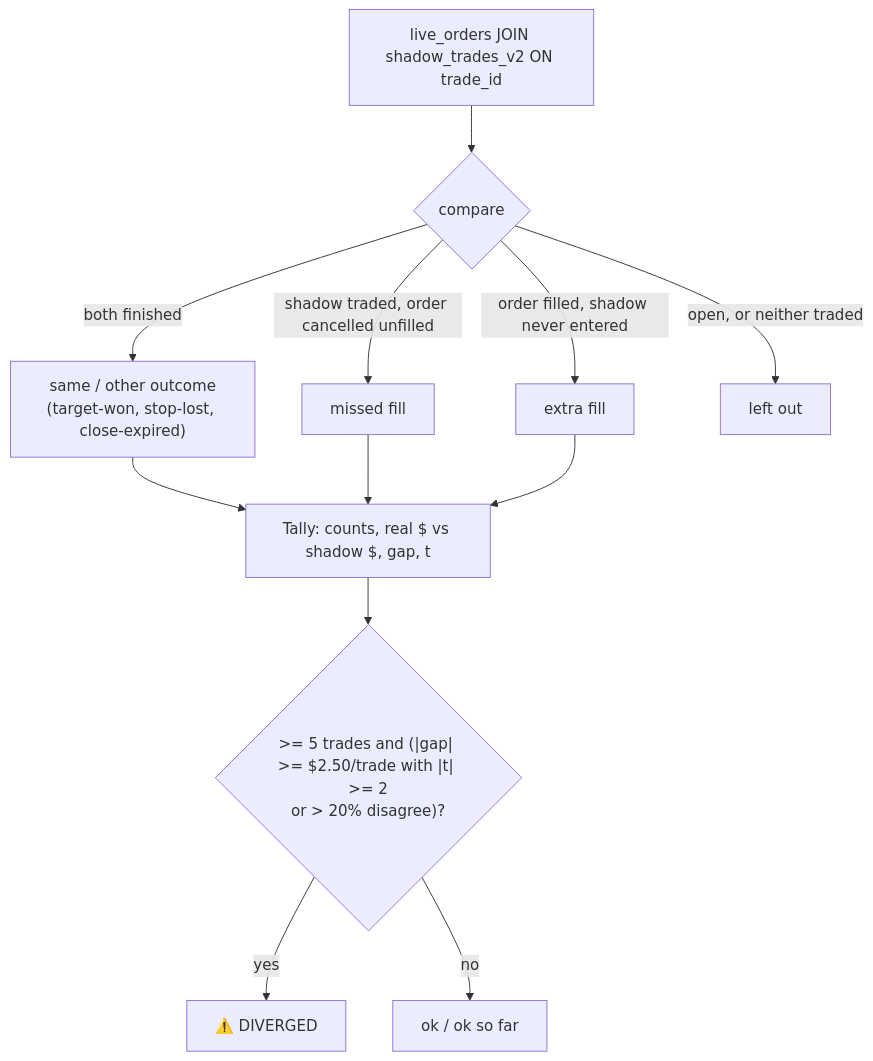
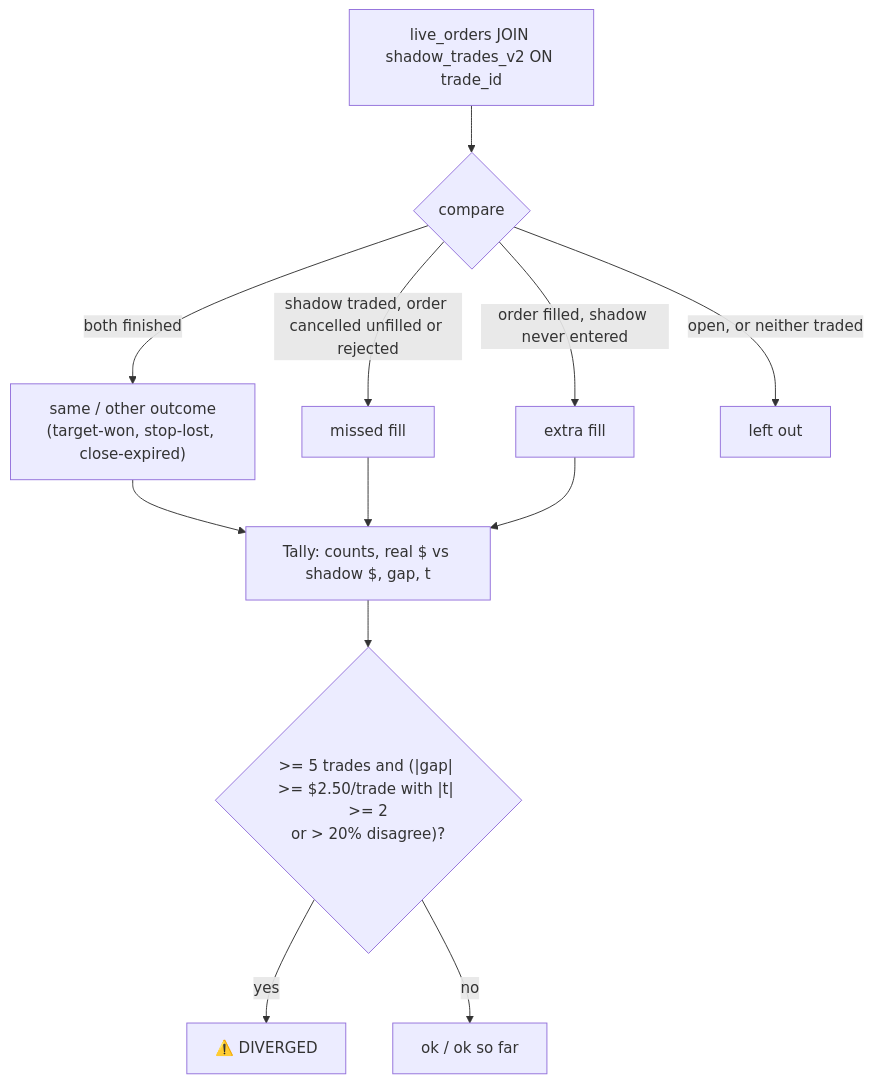
The diagram in docs/exec_compare.md (chopanpma/bilore-monitor), drawn with Mermaid before and after one commit. The commit also changed 3 other files, not shown here.

Commit message:
Shadow vs paper/live: an order IB rejected counts as a missed fill (MON-026, BML-015)

````diff
--- a/docs/exec_compare.md
+++ b/docs/exec_compare.md
@@ -10,12 +10,12 @@
 ```mermaid
 flowchart TD
     P["live_orders JOIN shadow_trades_v2 ON trade_id"] --> C{"compare"}
     C -- "both finished" --> B["same / other outcome\n(target-won, stop-lost, close-expired)"]
-    C -- "shadow traded, order cancelled unfilled" --> M["missed fill"]
+    C -- "shadow traded, order cancelled unfilled or rejected" --> M["missed fill"]
     C -- "order filled, shadow never entered" --> E["extra fill"]
     C -- "open, or neither traded" --> X["left out"]
     B & M & E --> T["Tally: counts, real $ vs shadow $, gap, t"]
     T --> D{">= 5 trades and (|gap| >= $2.50/trade with |t| >= 2\nor > 20% disagree)?"}
     D -- yes --> W["⚠️ DIVERGED"]
     D -- no --> O["ok / ok so far"]
 ```
````
